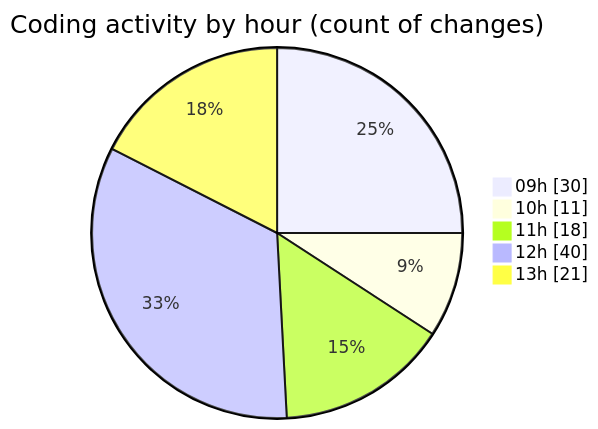
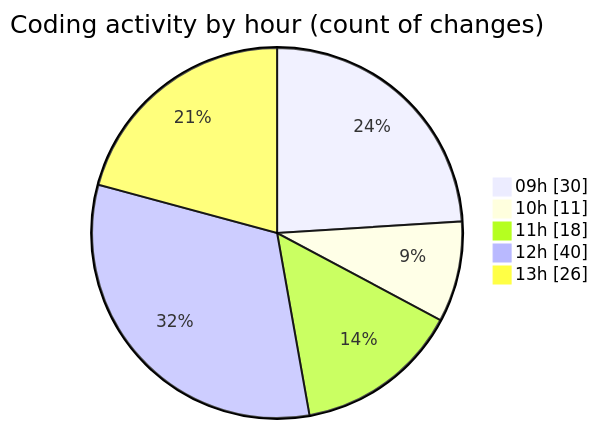
Before and after one commit to momahboobian/code-tracking: the second of 2 diagrams in 2025-03-05/cda/README.md, drawn with Mermaid. The commit also changed other lines of this file and 1 other file, not shown here.

````diff
--- a/2025-03-05/cda/README.md
+++ b/2025-03-05/cda/README.md
@@ -59,9 +59,9 @@
 ```mermaid
 pie showData
 title Coding activity by hour (count of changes)
 "09h" : 30
 "10h" : 11
 "11h" : 18
 "12h" : 40
-"13h" : 21
+"13h" : 26
 ```
````
